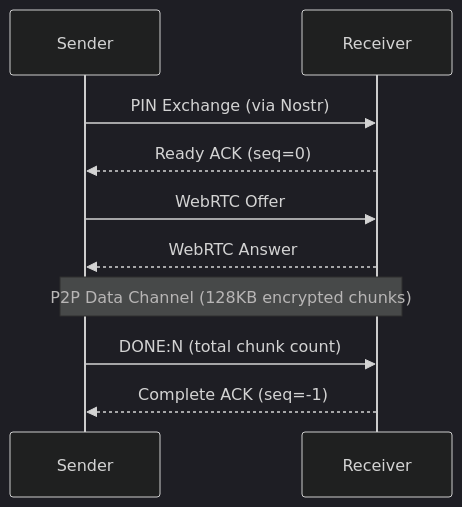
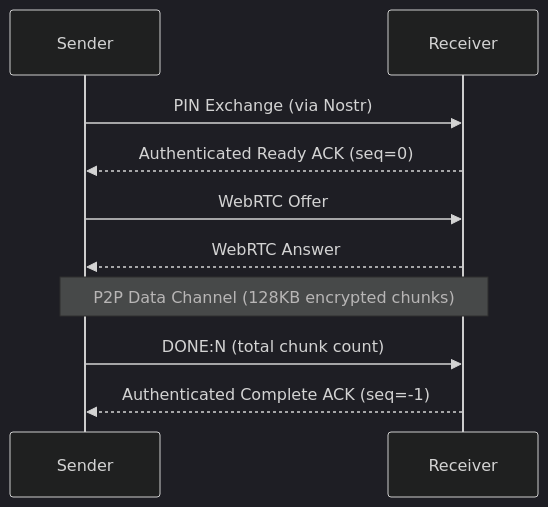
Before and after one commit to andrewtheguy/secure-send-web: the first of 4 diagrams in docs/ARCHITECTURE.md, drawn with Mermaid (dark theme). The commit also changed other lines of this file and 7 other files, not shown here.

````diff
--- a/docs/ARCHITECTURE.md
+++ b/docs/ARCHITECTURE.md
@@ -34,12 +34,12 @@
 ```mermaid
 sequenceDiagram
     participant Sender
     participant Receiver
     Sender->>Receiver: PIN Exchange (via Nostr)
-    Receiver-->>Sender: Ready ACK (seq=0)
+    Receiver-->>Sender: Authenticated Ready ACK (seq=0)
     Sender->>Receiver: WebRTC Offer
     Receiver-->>Sender: WebRTC Answer
     Note over Sender,Receiver: P2P Data Channel (128KB encrypted chunks)
     Sender->>Receiver: DONE:N (total chunk count)
-    Receiver-->>Sender: Complete ACK (seq=-1)
+    Receiver-->>Sender: Authenticated Complete ACK (seq=-1)
 ```
````
